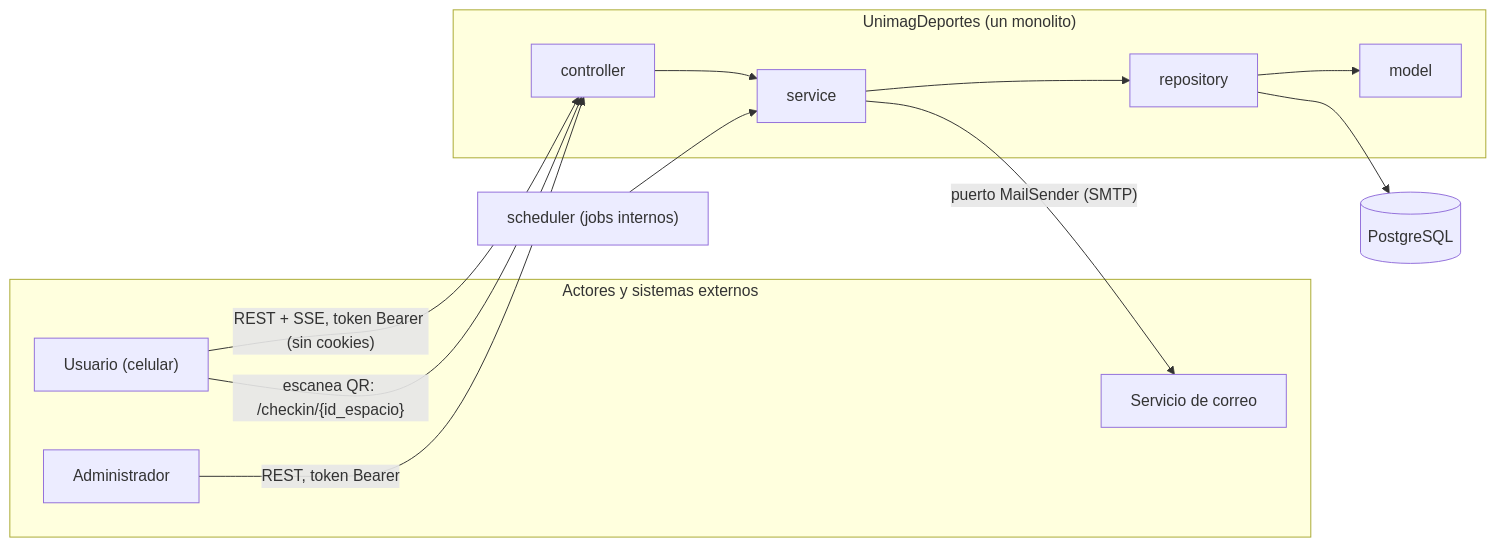
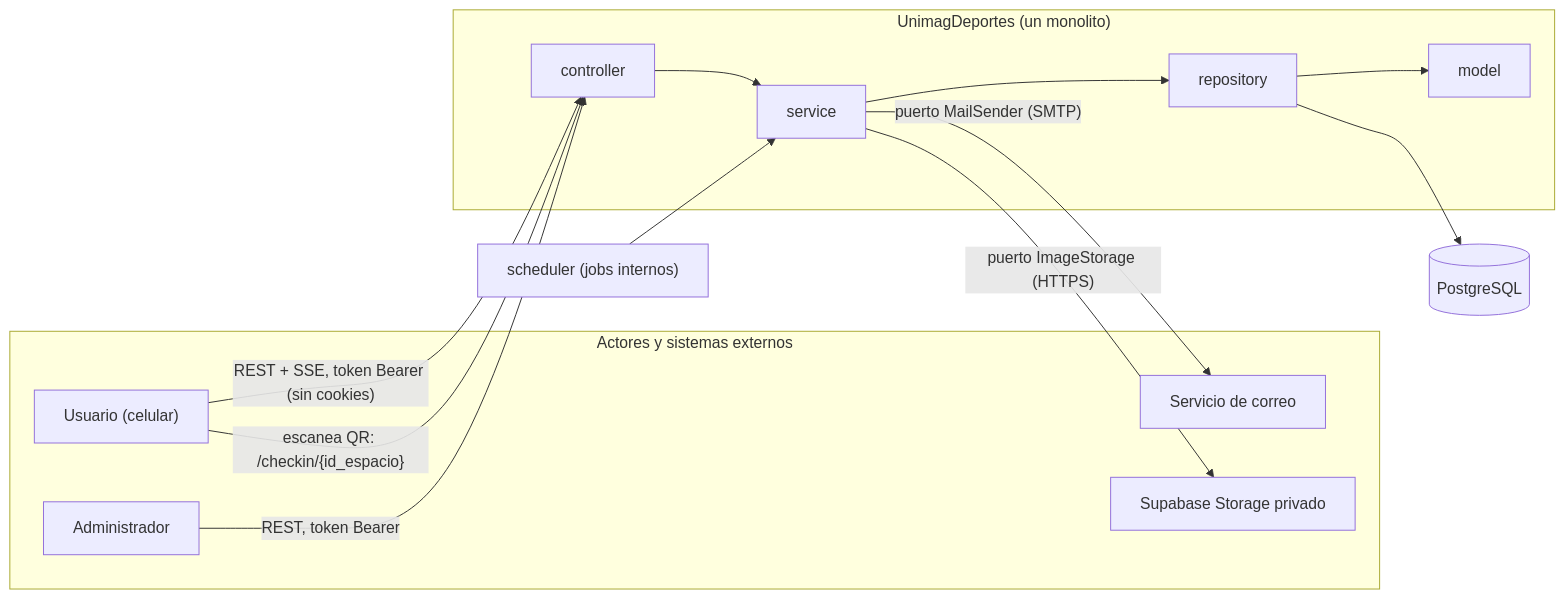
Before and after one commit to SebasTK2008/Unimag-Deportes: the first of 5 diagrams in docs/techincal-plan/plan-general.md, drawn with Mermaid. The commit also changed other lines of this file and 52 other files, not shown here.

````diff
--- a/docs/techincal-plan/plan-general.md
+++ b/docs/techincal-plan/plan-general.md
@@ -78,21 +78,23 @@
 ```mermaid
 flowchart LR
   subgraph EXT["Actores y sistemas externos"]
     USR["Usuario (celular)"]
     ADM["Administrador"]
     MAIL["Servicio de correo"]
+    STORAGE["Supabase Storage privado"]
   end
 
   DB[("PostgreSQL")]
 
   subgraph SYS["UnimagDeportes (un monolito)"]
     CTL["controller"] --> SRV["service"] --> REP["repository"] --> MOD["model"]
   end
 
   SCH["scheduler (jobs internos)"] --> SRV
   USR -- "REST + SSE, token Bearer (sin cookies)" --> CTL
   USR -- "escanea QR: /checkin/{id_espacio}" --> CTL
   ADM -- "REST, token Bearer" --> CTL
   REP --> DB
   SRV -- "puerto MailSender (SMTP)" --> MAIL
+  SRV -- "puerto ImageStorage (HTTPS)" --> STORAGE
 ```
````
